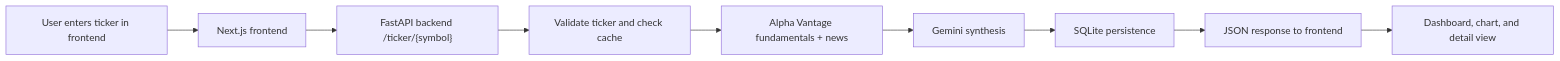
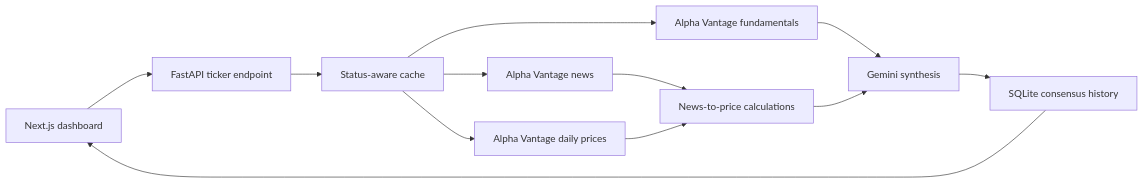
The diagram in README.md (ricetea25/Kyouth_Market_Consensus_Machine), drawn with Mermaid before and after one commit. The commit also changed other lines of this file and 3 other files, not shown here.

````diff
--- a/README.md
+++ b/README.md
@@ -22,11 +18,14 @@
 ```mermaid
 flowchart LR
-  A[User enters ticker in frontend] --> B[Next.js frontend]
-  B --> C["FastAPI backend /ticker/{symbol}"]
-  C --> D[Validate ticker and check cache]
-  D --> E[Alpha Vantage fundamentals + news]
-  E --> F[Gemini synthesis]
-  F --> G[SQLite persistence]
-  G --> H[JSON response to frontend]
-  H --> I[Dashboard, chart, and detail view]
+  A[Next.js dashboard] --> B[FastAPI ticker endpoint]
+  B --> C[Status-aware cache]
+  C --> D[Alpha Vantage fundamentals]
+  C --> E[Alpha Vantage news]
+  C --> F[Alpha Vantage daily prices]
+  D --> G[Gemini synthesis]
+  E --> H[News-to-price calculations]
+  F --> H
+  H --> G
+  G --> I[SQLite consensus history]
+  I --> A
 ```
````
